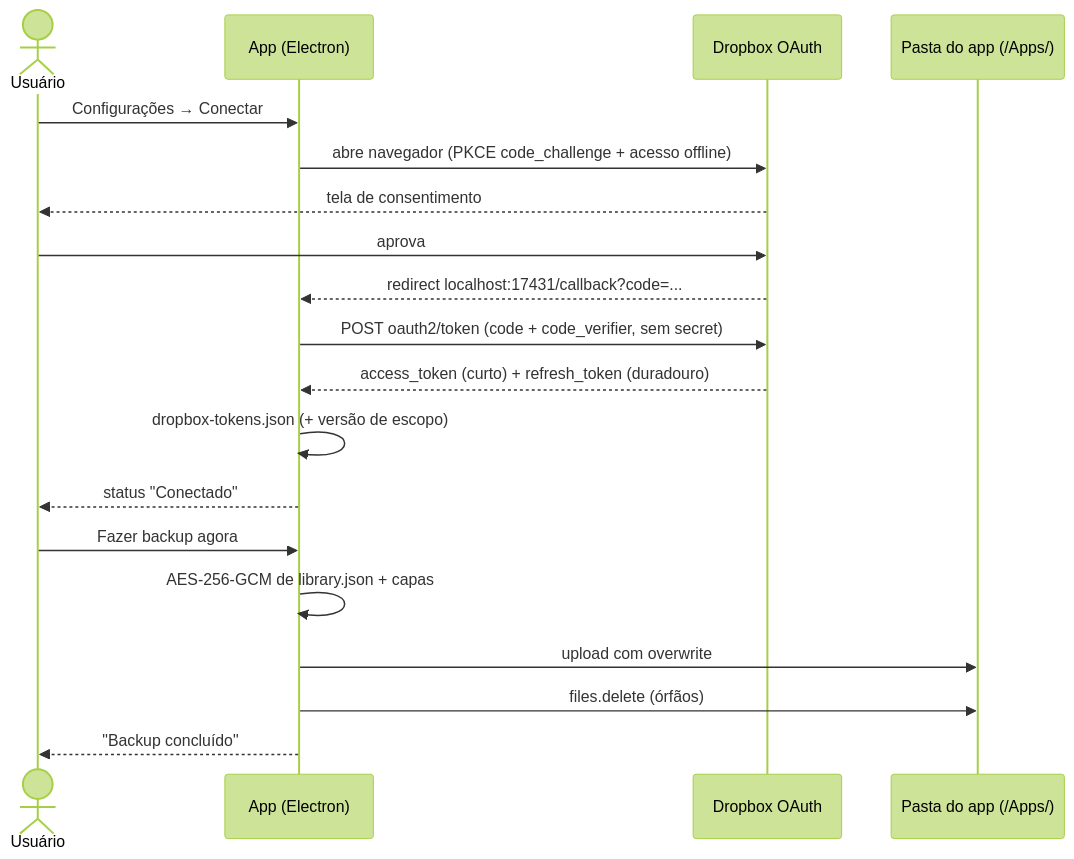
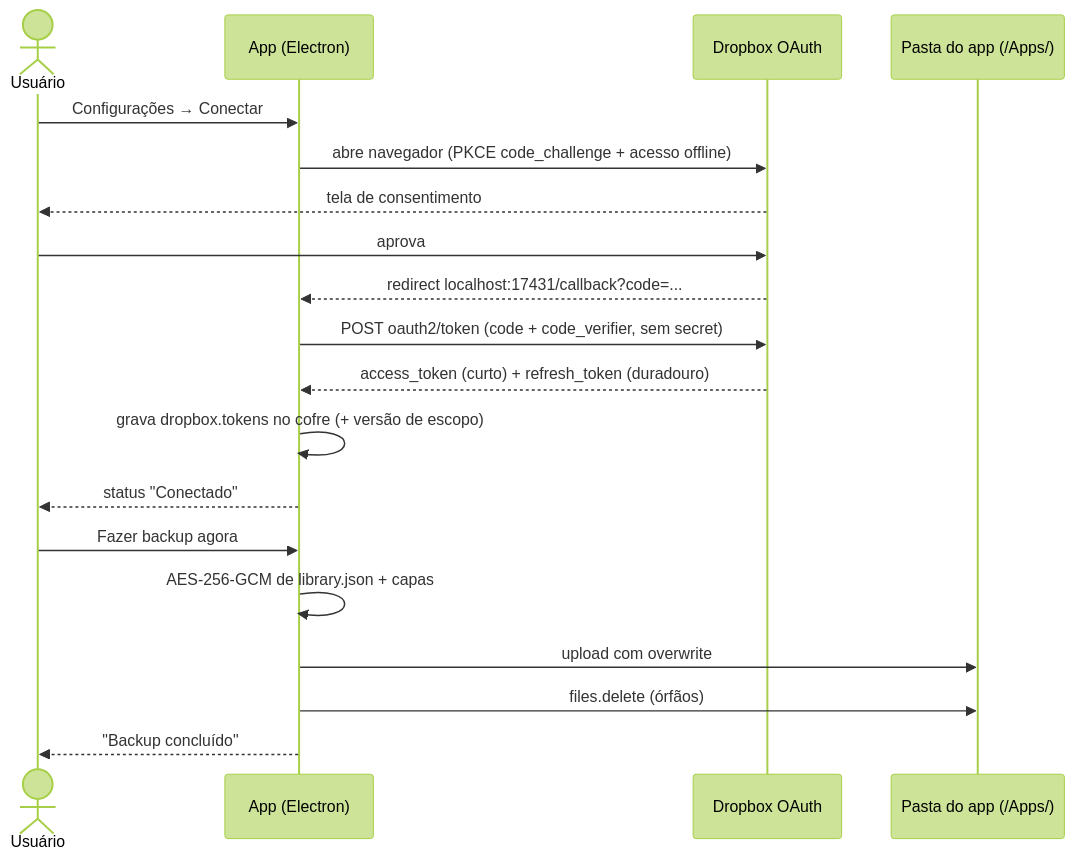
Before and after one commit to chronos-atalante/chronos-biblioteca: the second of 2 diagrams in docs/dropbox.md, drawn with Mermaid (forest theme). The commit also changed other lines of this file and 61 other files, not shown here.

````diff
--- a/docs/dropbox.md
+++ b/docs/dropbox.md
@@ -106,23 +108,23 @@
 ```mermaid
 sequenceDiagram
     actor U as Usuário
     participant App as App (Electron)
     participant D as Dropbox OAuth
     participant C as Pasta do app (/Apps/)
 
     U->>App: Configurações → Conectar
     App->>D: abre navegador (PKCE code_challenge + acesso offline)
     D-->>U: tela de consentimento
     U->>D: aprova
     D-->>App: redirect localhost:17431/callback?code=...
     App->>D: POST oauth2/token (code + code_verifier, sem secret)
     D-->>App: access_token (curto) + refresh_token (duradouro)
-    App->>App: dropbox-tokens.json (+ versão de escopo)
+    App->>App: grava dropbox.tokens no cofre (+ versão de escopo)
     App-->>U: status "Conectado"
 
     U->>App: Fazer backup agora
     App->>App: AES-256-GCM de library.json + capas
     App->>C: upload com overwrite
     App->>C: files.delete (órfãos)
     App-->>U: "Backup concluído"
 ```
````
